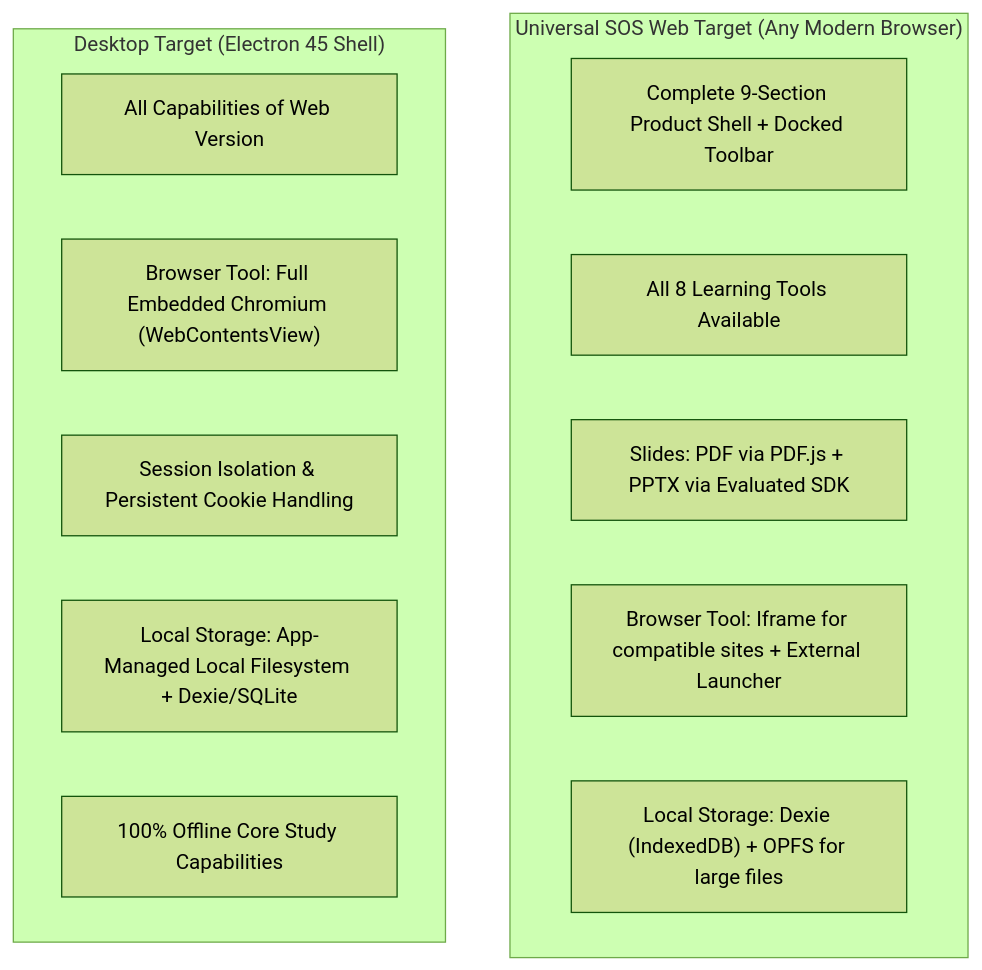
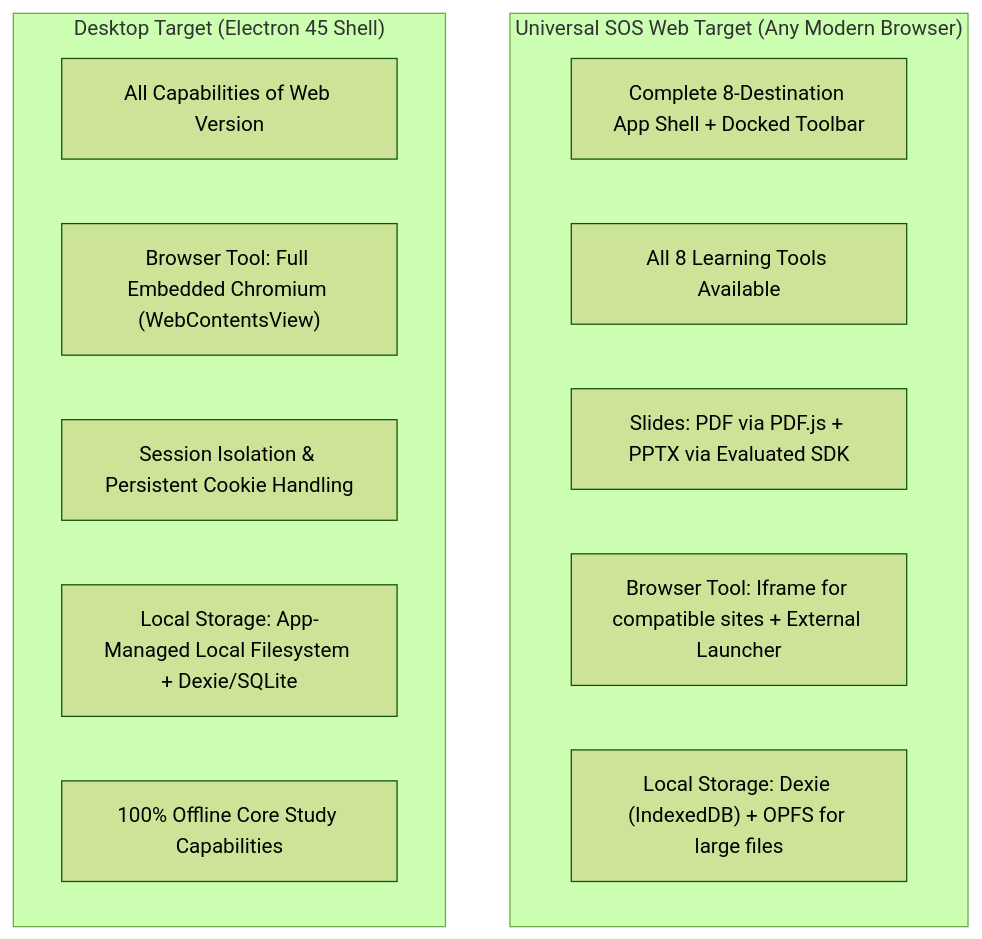
One commit to 3bdallahusin/sos-v3 changed the second of 7 diagrams in ARCHITECTURE.md. Above: the diagram before and after it, drawn with Mermaid (forest theme). The commit also changed other lines of this file and 5 other files, not shown here.

Commit message:
docs: finalize documentation audit corrections and roadmap

````diff
--- a/ARCHITECTURE.md
+++ b/ARCHITECTURE.md
@@ -108,18 +111,18 @@
 ```mermaid
 graph TD
     subgraph UniversalWebCore ["Universal SOS Web Target (Any Modern Browser)"]
-        W_Shell["Complete 9-Section Product Shell + Docked Toolbar"]
+        W_Shell["Complete 8-Destination App Shell + Docked Toolbar"]
         W_Tools["All 8 Learning Tools Available"]
         W_Slides["Slides: PDF via PDF.js + PPTX via Evaluated SDK"]
         W_Browser["Browser Tool: Iframe for compatible sites + External Launcher"]
         W_Storage["Local Storage: Dexie (IndexedDB) + OPFS for large files"]
     end
 
     subgraph DesktopElectronTarget ["Desktop Target (Electron 45 Shell)"]
         D_All["All Capabilities of Web Version"]
         D_Chromium["Browser Tool: Full Embedded Chromium (WebContentsView)"]
         D_Cookies["Session Isolation & Persistent Cookie Handling"]
         D_Storage["Local Storage: App-Managed Local Filesystem + Dexie/SQLite"]
         D_Offline["100% Offline Core Study Capabilities"]
     end
 ```
````
